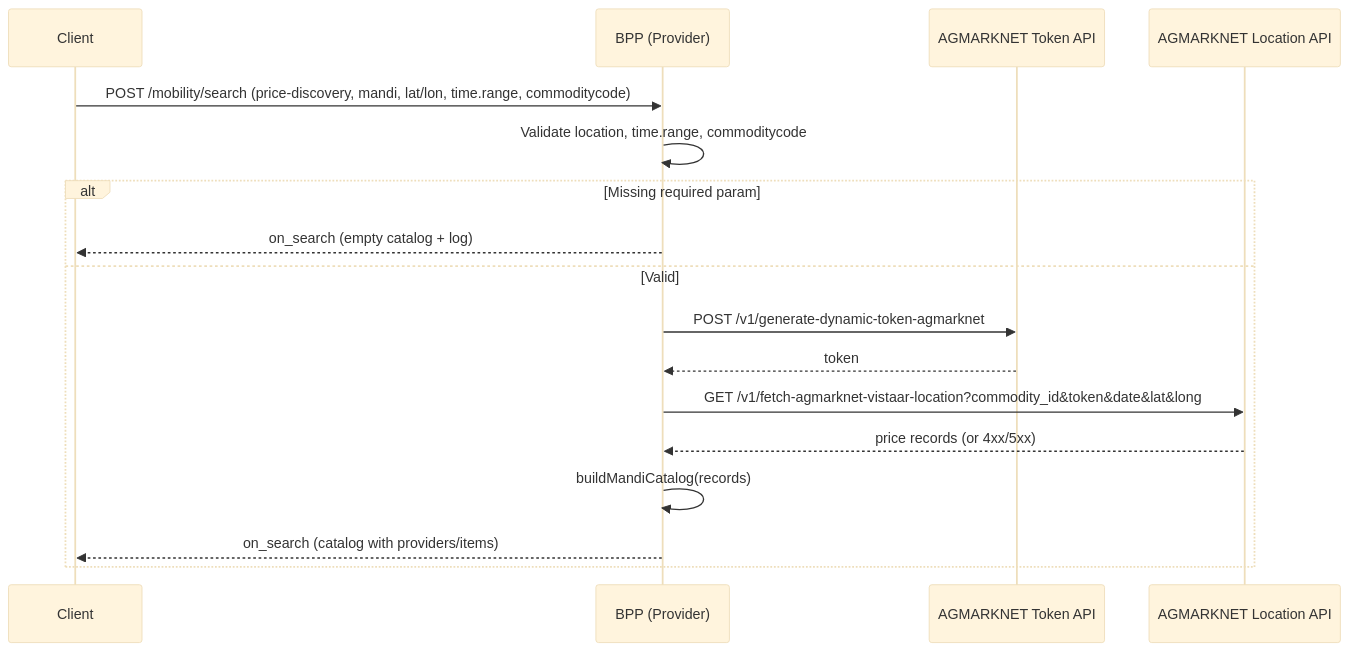
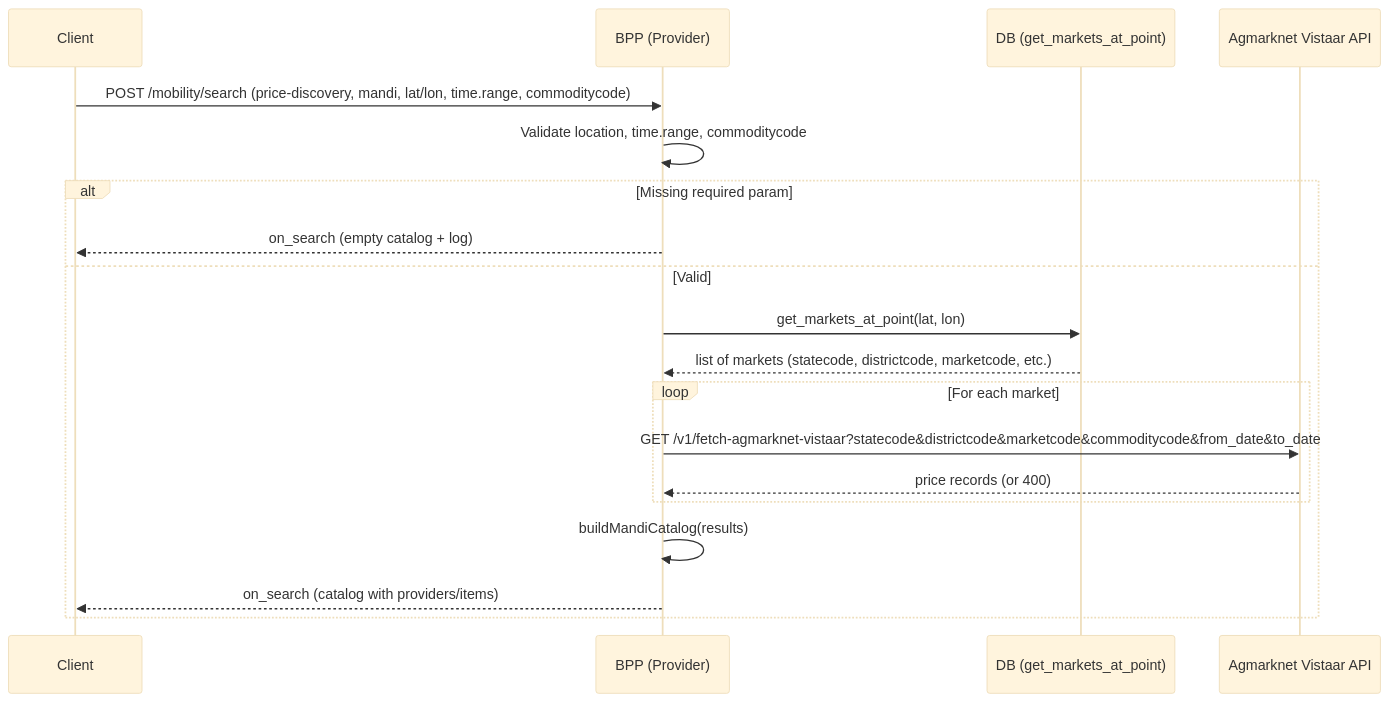
One commit to OpenAgriNet/bharat-provider-backend changed the second of 2 diagrams in docs/MANDI_PRICE_FLOW.md. Above: the diagram before and after it, drawn with Mermaid (base theme). The commit also changed other lines of this file and 1 other file, not shown here.

First line of the commit message:
Resolve markets via DB and call Vistaar API

````diff
--- a/docs/MANDI_PRICE_FLOW.md
+++ b/docs/MANDI_PRICE_FLOW.md
@@ -36,20 +36,22 @@
 ```mermaid
 sequenceDiagram
     participant Client
     participant BPP as BPP (Provider)
-    participant Auth as AGMARKNET Token API
-    participant Agmarknet as AGMARKNET Location API
+    participant DB as DB (get_markets_at_point)
+    participant Agmarknet as Agmarknet Vistaar API
 
     Client->>BPP: POST /mobility/search (price-discovery, mandi, lat/lon, time.range, commoditycode)
     BPP->>BPP: Validate location, time.range, commoditycode
     alt Missing required param
         BPP-->>Client: on_search (empty catalog + log)
     else Valid
-        BPP->>Auth: POST /v1/generate-dynamic-token-agmarknet
-        Auth-->>BPP: token
-        BPP->>Agmarknet: GET /v1/fetch-agmarknet-vistaar-location?commodity_id&token&date&lat&long
-        Agmarknet-->>BPP: price records (or 4xx/5xx)
-        BPP->>BPP: buildMandiCatalog(records)
+        BPP->>DB: get_markets_at_point(lat, lon)
+        DB-->>BPP: list of markets (statecode, districtcode, marketcode, etc.)
+        loop For each market
+            BPP->>Agmarknet: GET /v1/fetch-agmarknet-vistaar?statecode&districtcode&marketcode&commoditycode&from_date&to_date
+            Agmarknet-->>BPP: price records (or 400)
+        end
+        BPP->>BPP: buildMandiCatalog(results)
         BPP-->>Client: on_search (catalog with providers/items)
     end
 ```
````
